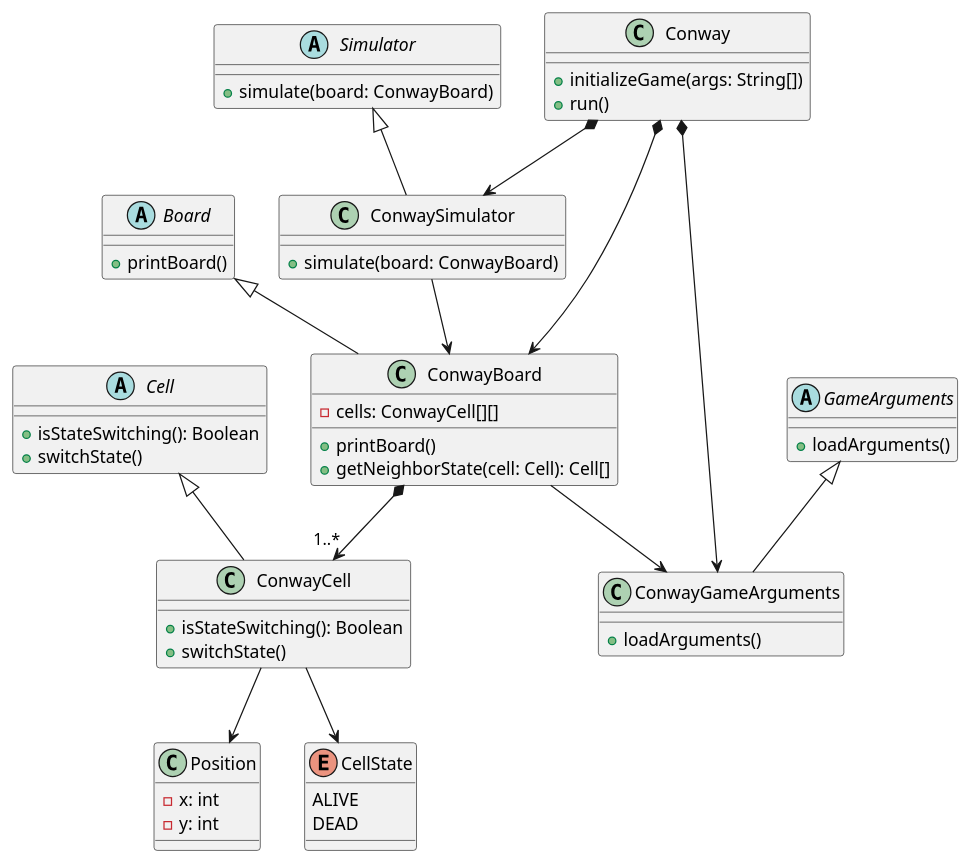
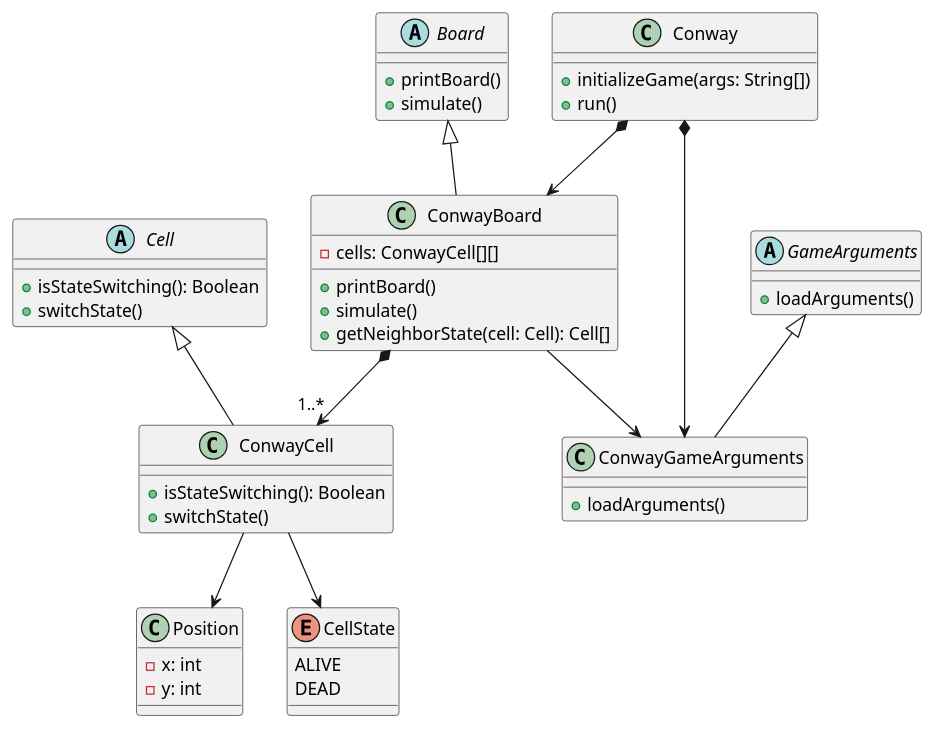
Before and after one commit to Sileye54/Conway-Game-of-Life: the diagram in _models/class_diagram.puml, drawn with PlantUML. The commit also changed 6 other files, not shown here.

Commit message:
Réusine le modele sans les classes Simulator et ConwaySimulator

```diff
--- a/_models/class_diagram.puml
+++ b/_models/class_diagram.puml
@@ -1,66 +1,58 @@
 @startuml
 
 class Conway {
   + initializeGame(args: String[])
   + run()
 }
 
 abstract Cell {
   + isStateSwitching(): Boolean
   + switchState()
 }
 
 abstract Board {
   + printBoard()
-}
-
-abstract Simulator {
-  + simulate(board: ConwayBoard)
+  + simulate()
 }
 
 abstract GameArguments{
 	+ loadArguments()
 }
 Class Position {
   - x: int
   - y: int
 }
 
 enum CellState {
   ALIVE
   DEAD
 }
 
 class ConwayCell {
   + isStateSwitching(): Boolean
   + switchState()
 }
 
 class ConwayBoard {
   - cells: ConwayCell[][]
   + printBoard()
+  + simulate()
   + getNeighborState(cell: Cell): Cell[]
 }
 
-class ConwaySimulator {
-  + simulate(board: ConwayBoard)
-}
 
 class ConwayGameArguments{
 	+ loadArguments()
 }
 
 Conway *--> ConwayBoard
-Conway *--> ConwaySimulator
 Conway *--> ConwayGameArguments
 Cell <|-- ConwayCell
 Board <|-- ConwayBoard
-Simulator <|-- ConwaySimulator
 GameArguments <|-- ConwayGameArguments
 ConwayBoard --> ConwayGameArguments
 ConwayBoard *--> "1..*" ConwayCell
-ConwaySimulator --> ConwayBoard
 ConwayCell --> Position
 ConwayCell --> CellState
 
 @enduml
```
